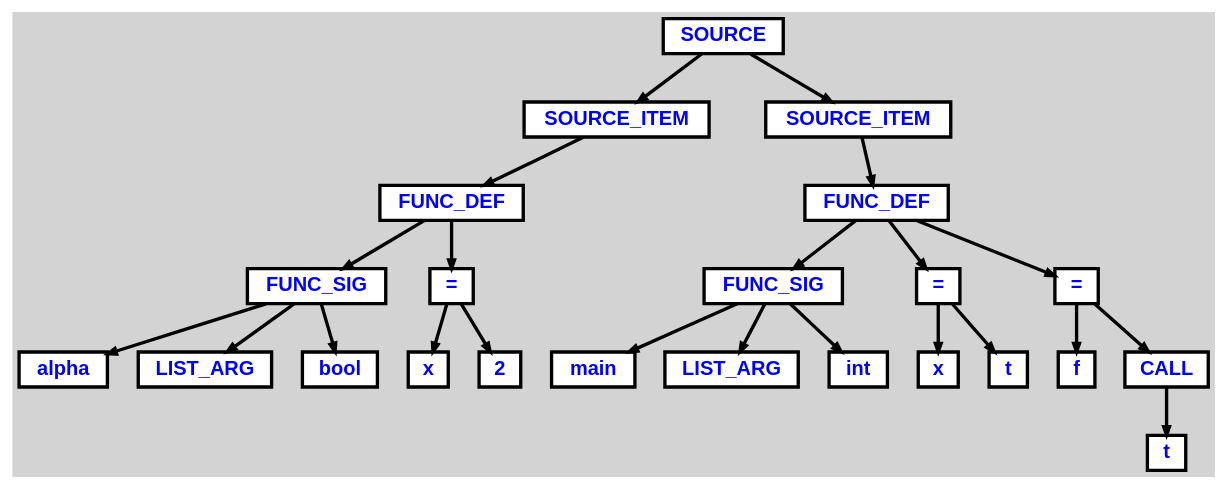
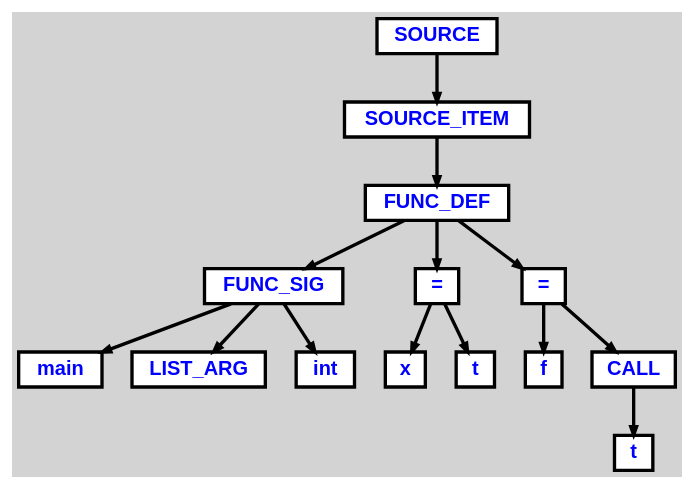
Before and after one commit to popov-p/itmo-spo-2024: the diagram in samples/output/sample1.dot, drawn with Graphviz. The commit also changed 18 other files, not shown here.

```diff
--- a/samples/output/sample1.dot
+++ b/samples/output/sample1.dot
@@ -1,57 +1,39 @@
 digraph {
 
 	ordering=out;
 	ranksep=.4;
 	bgcolor="lightgrey";  node [shape=box, fixedsize=false, fontsize=12, fontname="Helvetica-bold", fontcolor="blue"
 	width=.25, height=.25, color="black", fillcolor="white", style="filled, solid, bold"];
 
 	edge [arrowsize=.5, color="black", style="bold"]
 
-	n0x7ba0a8f708f8[label="SOURCE"]
-	n0x7ba0a8f6ea80[label="SOURCE_ITEM"]
-	n0x7ba0a8f6e948[label="FUNC_DEF"]
-	n0x7ba0a8f6dbe0[label="FUNC_SIG"]
-	n0x7ba0a8f6d970[label="alpha"]
-	n0x7ba0a8f6daa8[label="LIST_ARG"]
-	n0x7ba0a8f6de50[label="bool"]
-	n0x7ba0a8f6e6d8[label="="]
-	n0x7ba0a8f6e468[label="x"]
-	n0x7ba0a8f6e810[label="2"]
-	n0x7ba0a8f707c0[label="SOURCE_ITEM"]
-	n0x7ba0a8f70688[label="FUNC_DEF"]
-	n0x7ba0a8f6ecf0[label="FUNC_SIG"]
-	n0x7ba0a8f6e330[label="main"]
-	n0x7ba0a8f6ebb8[label="LIST_ARG"]
-	n0x7ba0a8f6ef60[label="int"]
-	n0x7ba0a8f6f7e8[label="="]
-	n0x7ba0a8f6f578[label="x"]
-	n0x7ba0a8f6f920[label="t"]
-	n0x7ba0a8f70550[label="="]
-	n0x7ba0a8f6ff38[label="f"]
-	n0x7ba0a8f70418[label="CALL"]
-	n0x7ba0a8f702e0[label="t"]
+	n0x7c134beb37e8[label="SOURCE"]
+	n0x7c134beb36b0[label="SOURCE_ITEM"]
+	n0x7c134beb3578[label="FUNC_DEF"]
+	n0x7c134beb1be0[label="FUNC_SIG"]
+	n0x7c134beb1970[label="main"]
+	n0x7c134beb1aa8[label="LIST_ARG"]
+	n0x7c134beb1e50[label="int"]
+	n0x7c134beb26d8[label="="]
+	n0x7c134beb2468[label="x"]
+	n0x7c134beb2810[label="t"]
+	n0x7c134beb3440[label="="]
+	n0x7c134beb2e28[label="f"]
+	n0x7c134beb3308[label="CALL"]
+	n0x7c134beb31d0[label="t"]
 
-		n0x7ba0a8f708f8 -> n0x7ba0a8f6ea80		// SOURCE -> SOURCE_ITEM
-		n0x7ba0a8f6ea80 -> n0x7ba0a8f6e948		// SOURCE_ITEM -> FUNC_DEF
-		n0x7ba0a8f6e948 -> n0x7ba0a8f6dbe0		// FUNC_DEF -> FUNC_SIG
-		n0x7ba0a8f6dbe0 -> n0x7ba0a8f6d970		// FUNC_SIG -> alpha
-		n0x7ba0a8f6dbe0 -> n0x7ba0a8f6daa8		// FUNC_SIG -> LIST_ARG
-		n0x7ba0a8f6dbe0 -> n0x7ba0a8f6de50		// FUNC_SIG -> bool
-		n0x7ba0a8f6e948 -> n0x7ba0a8f6e6d8		// FUNC_DEF -> =
-		n0x7ba0a8f6e6d8 -> n0x7ba0a8f6e468		// = -> x
-		n0x7ba0a8f6e6d8 -> n0x7ba0a8f6e810		// = -> 2
-		n0x7ba0a8f708f8 -> n0x7ba0a8f707c0		// SOURCE -> SOURCE_ITEM
-		n0x7ba0a8f707c0 -> n0x7ba0a8f70688		// SOURCE_ITEM -> FUNC_DEF
-		n0x7ba0a8f70688 -> n0x7ba0a8f6ecf0		// FUNC_DEF -> FUNC_SIG
-		n0x7ba0a8f6ecf0 -> n0x7ba0a8f6e330		// FUNC_SIG -> main
-		n0x7ba0a8f6ecf0 -> n0x7ba0a8f6ebb8		// FUNC_SIG -> LIST_ARG
-		n0x7ba0a8f6ecf0 -> n0x7ba0a8f6ef60		// FUNC_SIG -> int
-		n0x7ba0a8f70688 -> n0x7ba0a8f6f7e8		// FUNC_DEF -> =
-		n0x7ba0a8f6f7e8 -> n0x7ba0a8f6f578		// = -> x
-		n0x7ba0a8f6f7e8 -> n0x7ba0a8f6f920		// = -> t
-		n0x7ba0a8f70688 -> n0x7ba0a8f70550		// FUNC_DEF -> =
-		n0x7ba0a8f70550 -> n0x7ba0a8f6ff38		// = -> f
-		n0x7ba0a8f70550 -> n0x7ba0a8f70418		// = -> CALL
-		n0x7ba0a8f70418 -> n0x7ba0a8f702e0		// CALL -> t
+		n0x7c134beb37e8 -> n0x7c134beb36b0		// SOURCE -> SOURCE_ITEM
+		n0x7c134beb36b0 -> n0x7c134beb3578		// SOURCE_ITEM -> FUNC_DEF
+		n0x7c134beb3578 -> n0x7c134beb1be0		// FUNC_DEF -> FUNC_SIG
+		n0x7c134beb1be0 -> n0x7c134beb1970		// FUNC_SIG -> main
+		n0x7c134beb1be0 -> n0x7c134beb1aa8		// FUNC_SIG -> LIST_ARG
+		n0x7c134beb1be0 -> n0x7c134beb1e50		// FUNC_SIG -> int
+		n0x7c134beb3578 -> n0x7c134beb26d8		// FUNC_DEF -> =
+		n0x7c134beb26d8 -> n0x7c134beb2468		// = -> x
+		n0x7c134beb26d8 -> n0x7c134beb2810		// = -> t
+		n0x7c134beb3578 -> n0x7c134beb3440		// FUNC_DEF -> =
+		n0x7c134beb3440 -> n0x7c134beb2e28		// = -> f
+		n0x7c134beb3440 -> n0x7c134beb3308		// = -> CALL
+		n0x7c134beb3308 -> n0x7c134beb31d0		// CALL -> t
 
 }
```
